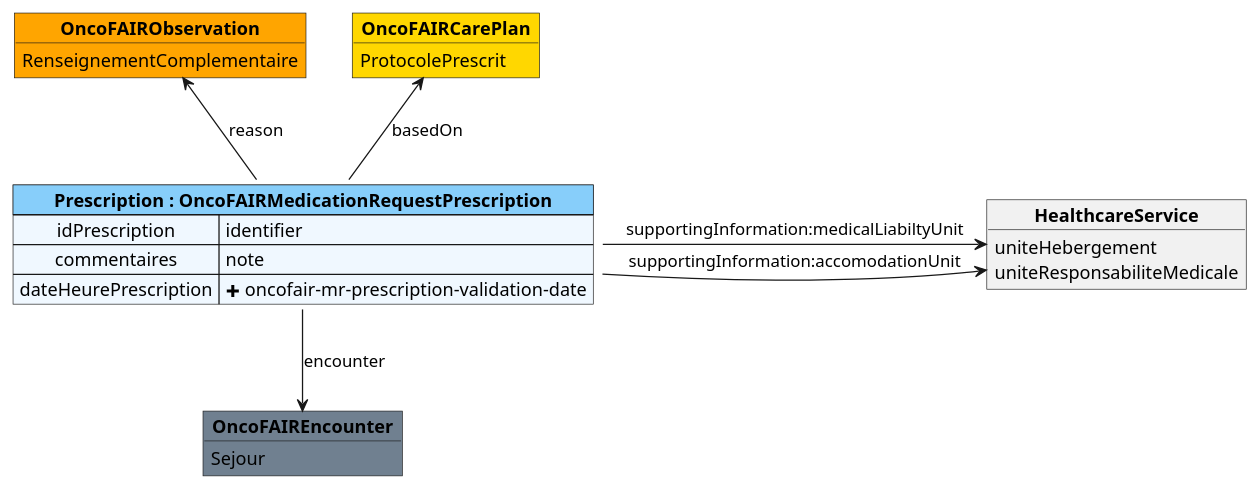
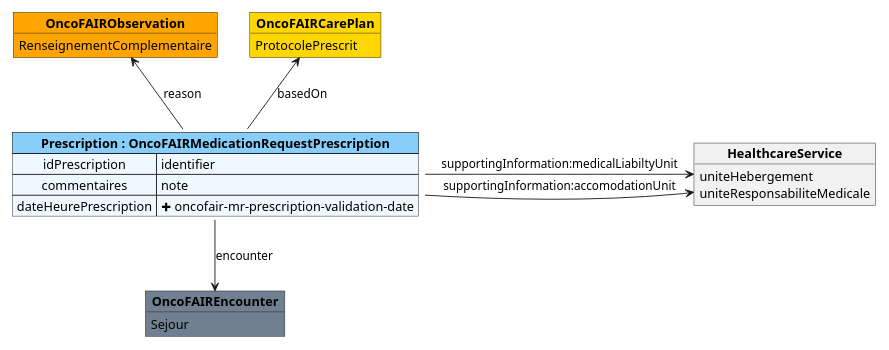
Before and after one commit to ONCOFAIR/FHIR-ImplementationGuide-Article: the diagram in input/images-source/OncoFAIRMedicationRequestPrescription.plantuml, drawn with PlantUML. The commit also changed 9 other files, not shown here.

```diff
--- a/input/images-source/OncoFAIRMedicationRequestPrescription.plantuml
+++ b/input/images-source/OncoFAIRMedicationRequestPrescription.plantuml
@@ -1,37 +1,37 @@
 @startuml
 
-scale 1000 width
+scale 700 width
 
 object "**OncoFAIRCarePlan**" as OncoFAIRCarePlan #Gold {
     ProtocolePrescrit
 }
 
 object "**OncoFAIREncounter**" as OncoFAIREncounter #SlateGray {
     Sejour
 }
 
 object "**HealthcareService**" as HealthcareService {
     uniteHebergement
 }
 
 object "**HealthcareService**" as HealthcareService {
     uniteResponsabiliteMedicale
 }
 
 object "**OncoFAIRObservation**" as OncoFAIRObservation #Orange {
     RenseignementComplementaire
 }
 
 map "**Prescription : OncoFAIRMedicationRequestPrescription**" as Prescription #back:AliceBlue;header:LightSkyBlue {
     idPrescription => identifier
     commentaires => note
     dateHeurePrescription => <&plus> oncofair-mr-prescription-validation-date
 }
 
 Prescription -u-> OncoFAIRCarePlan : basedOn
 Prescription -d-> OncoFAIREncounter : encounter
 Prescription -l-> HealthcareService : supportingInformation:accomodationUnit
 Prescription -r-> HealthcareService : supportingInformation:medicalLiabiltyUnit
 Prescription -u-> OncoFAIRObservation : reason
 
 @enduml
```
